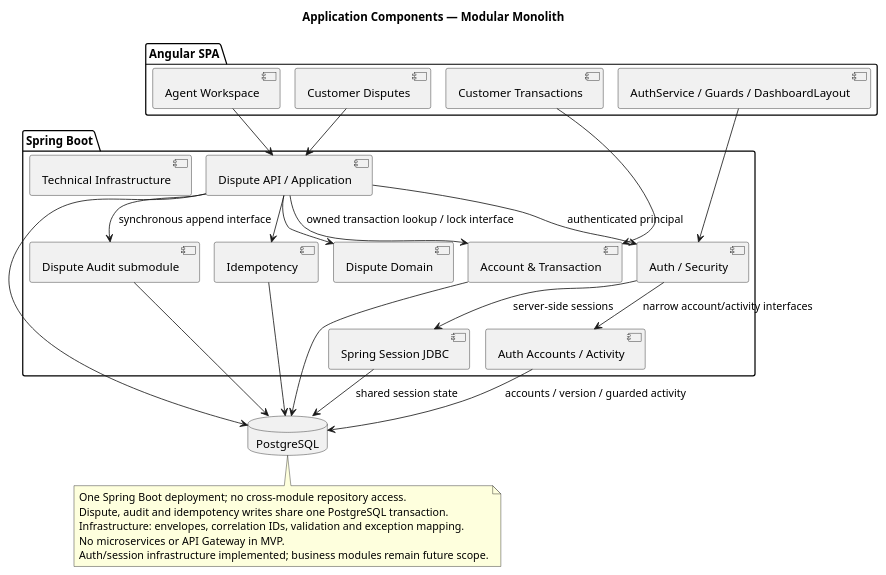
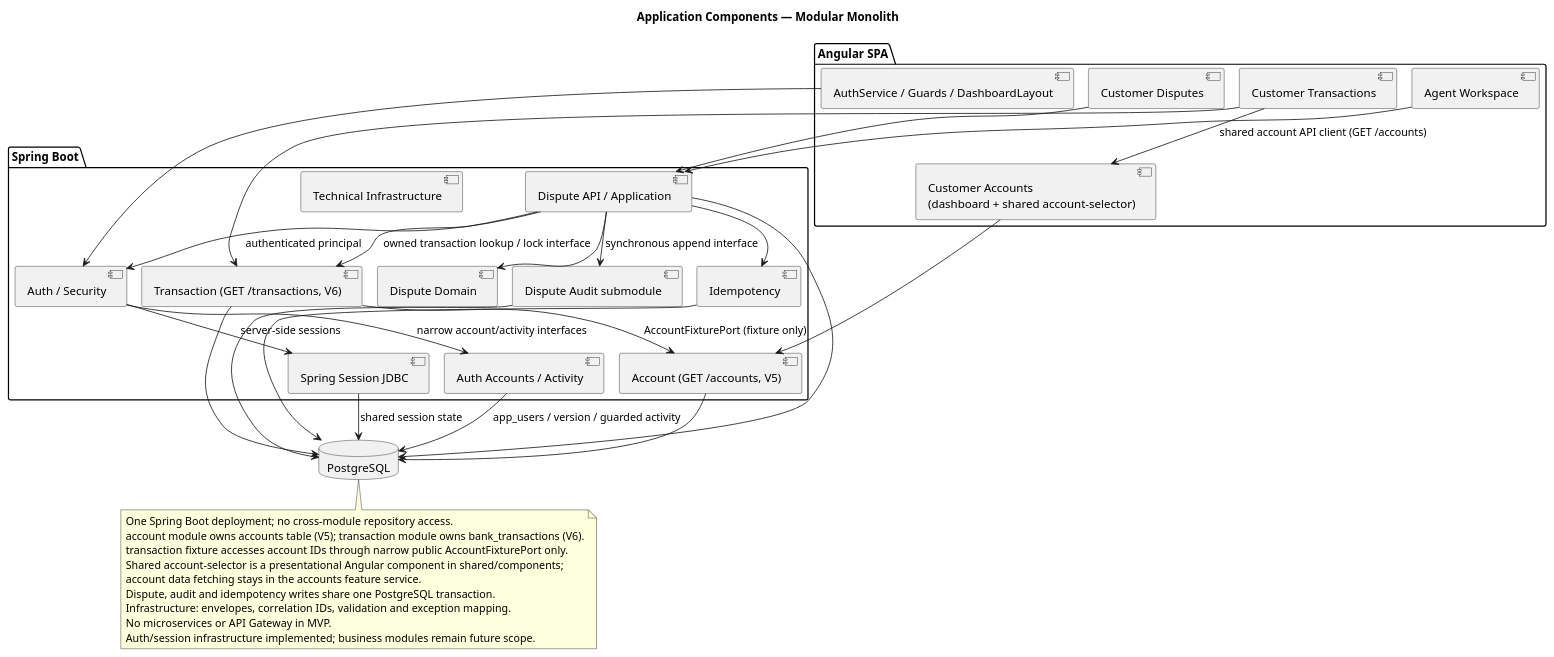
The diagram in docs/design/plantuml/components.puml (DonaldMbara/transaction-dispute-portal), drawn with PlantUML before and after one commit. The commit also changed 30 other files, not shown here.

```diff
--- a/docs/design/plantuml/components.puml
+++ b/docs/design/plantuml/components.puml
@@ -1,47 +1,56 @@
 @startuml
 !pragma layout smetana
 title Application Components — Modular Monolith
 package "Angular SPA" {
   [AuthService / Guards / DashboardLayout] as authui
+  [Customer Accounts\n(dashboard + shared account-selector)] as acctui
   [Customer Transactions] as txui
   [Customer Disputes] as dui
   [Agent Workspace] as aui
 }
 package "Spring Boot" {
   [Auth / Security] as sec
   [Spring Session JDBC] as sessions
   [Auth Accounts / Activity] as authstore
-  [Account & Transaction] as trans
+  [Account (GET /accounts, V5)] as acct
+  [Transaction (GET /transactions, V6)] as trans
   [Dispute API / Application] as app
   [Dispute Domain] as domain
   [Dispute Audit submodule] as audit
   [Idempotency] as idem
   [Technical Infrastructure] as infra
 }
 database PostgreSQL
 authui --> sec
+acctui --> acct
+txui --> acctui : shared account API client (GET /accounts)
 txui --> trans
+trans --> acct : AccountFixturePort (fixture only)
 dui --> app
 aui --> app
 app --> sec : authenticated principal
 app --> trans : owned transaction lookup / lock interface
 app --> domain
 app --> audit : synchronous append interface
-
 app --> idem
 sec --> sessions : server-side sessions
 sessions --> PostgreSQL : shared session state
 sec --> authstore : narrow account/activity interfaces
-authstore --> PostgreSQL : accounts / version / guarded activity
+authstore --> PostgreSQL : app_users / version / guarded activity
+acct --> PostgreSQL
 trans --> PostgreSQL
 app --> PostgreSQL
 audit --> PostgreSQL
 idem --> PostgreSQL
 note bottom
 One Spring Boot deployment; no cross-module repository access.
+account module owns accounts table (V5); transaction module owns bank_transactions (V6).
+transaction fixture accesses account IDs through narrow public AccountFixturePort only.
+Shared account-selector is a presentational Angular component in shared/components;
+account data fetching stays in the accounts feature service.
 Dispute, audit and idempotency writes share one PostgreSQL transaction.
 Infrastructure: envelopes, correlation IDs, validation and exception mapping.
 No microservices or API Gateway in MVP.
 Auth/session infrastructure implemented; business modules remain future scope.
 end note
 @enduml
```
